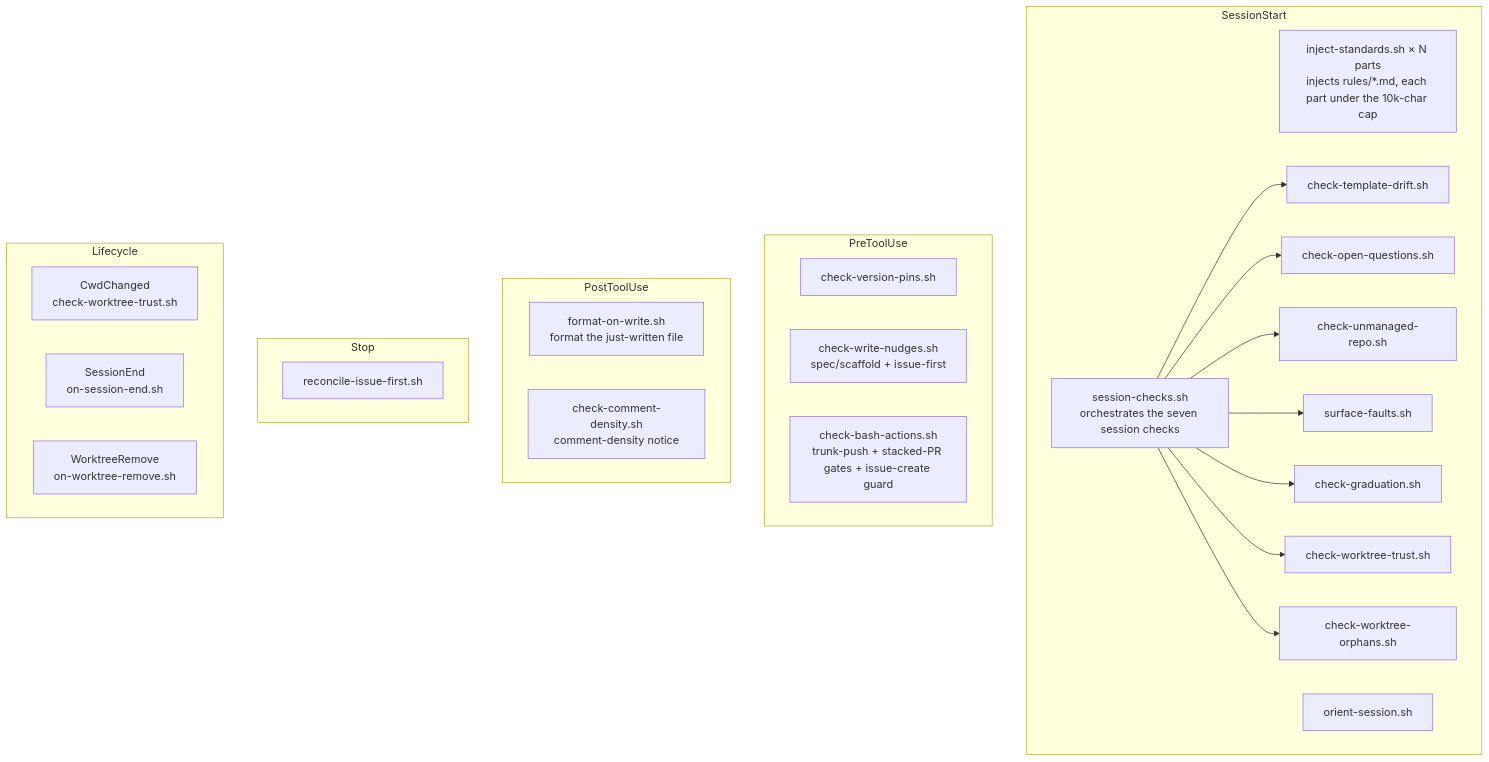
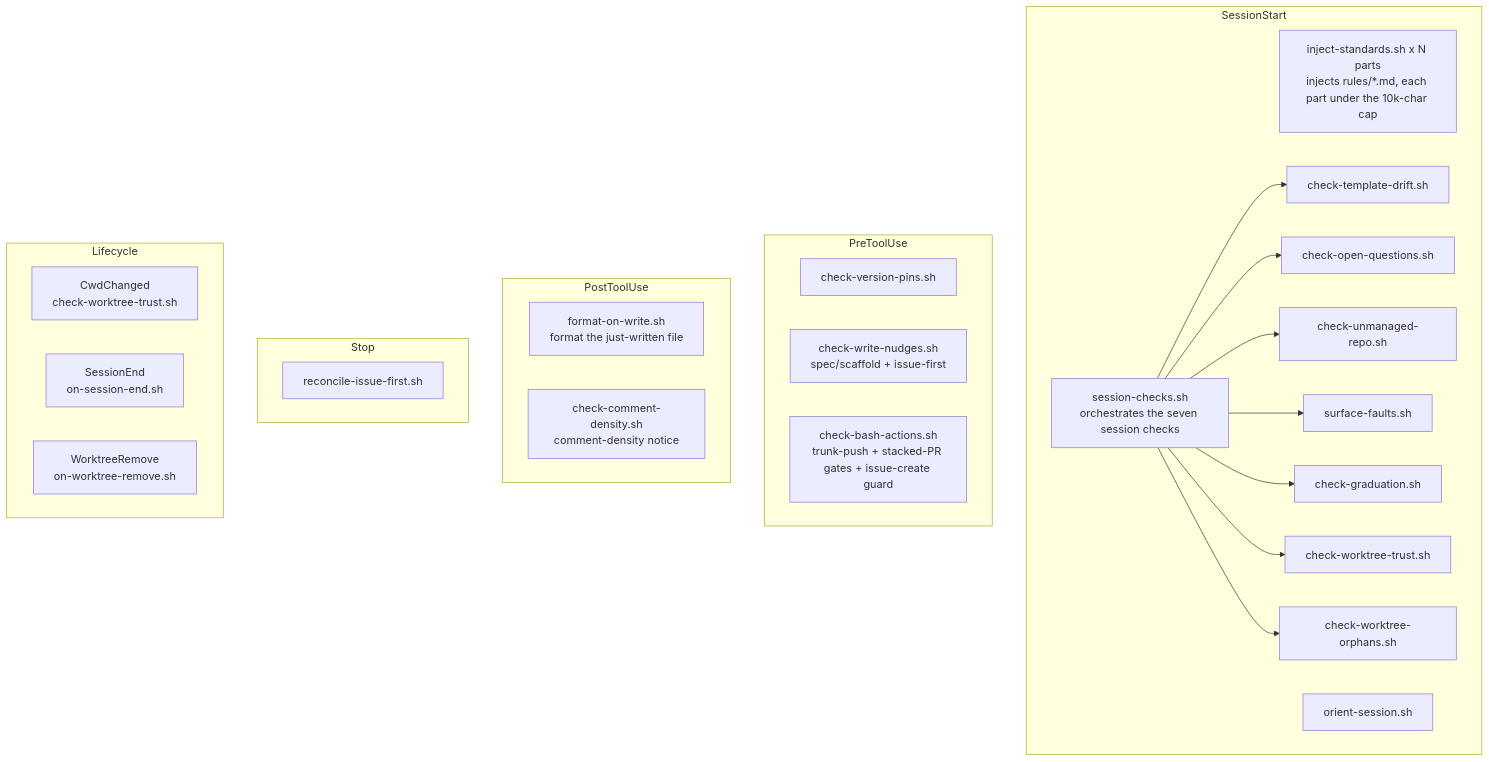
The diagram in docs/reference/hooks.md (element22llc/e22-plugins), drawn with Mermaid before and after one commit. The commit also changed other lines of this file and 149 other files, not shown here.

````diff
--- a/docs/reference/hooks.md
+++ b/docs/reference/hooks.md
@@ -54,32 +54,32 @@
 ```mermaid
 flowchart TD
     subgraph SessionStart
-      inject[inject-standards.sh × N parts<br/>injects rules/*.md, each part under the 10k-char cap]
+      inject[inject-standards.sh x N parts<br/>injects rules/*.md, each part under the 10k-char cap]
       checks[session-checks.sh<br/>orchestrates the seven session checks]
       orient[orient-session.sh]
       checks --> drift[check-template-drift.sh]
       checks --> oq[check-open-questions.sh]
       checks --> unmanaged[check-unmanaged-repo.sh]
       checks --> faults[surface-faults.sh]
       checks --> grad[check-graduation.sh]
       checks --> wt[check-worktree-trust.sh]
       checks --> orphans[check-worktree-orphans.sh]
     end
     subgraph PreToolUse
       pins[check-version-pins.sh]
       wn[check-write-nudges.sh<br/>spec/scaffold + issue-first]
       ba[check-bash-actions.sh<br/>trunk-push + stacked-PR gates + issue-create guard]
     end
     subgraph PostToolUse
       fmt[format-on-write.sh<br/>format the just-written file]
       cd[check-comment-density.sh<br/>comment-density notice]
     end
     subgraph Stop
       reconcile[reconcile-issue-first.sh]
     end
     subgraph Lifecycle
       cwd[CwdChanged<br/>check-worktree-trust.sh]
       send[SessionEnd<br/>on-session-end.sh]
       wtr[WorktreeRemove<br/>on-worktree-remove.sh]
     end
 ```
````
